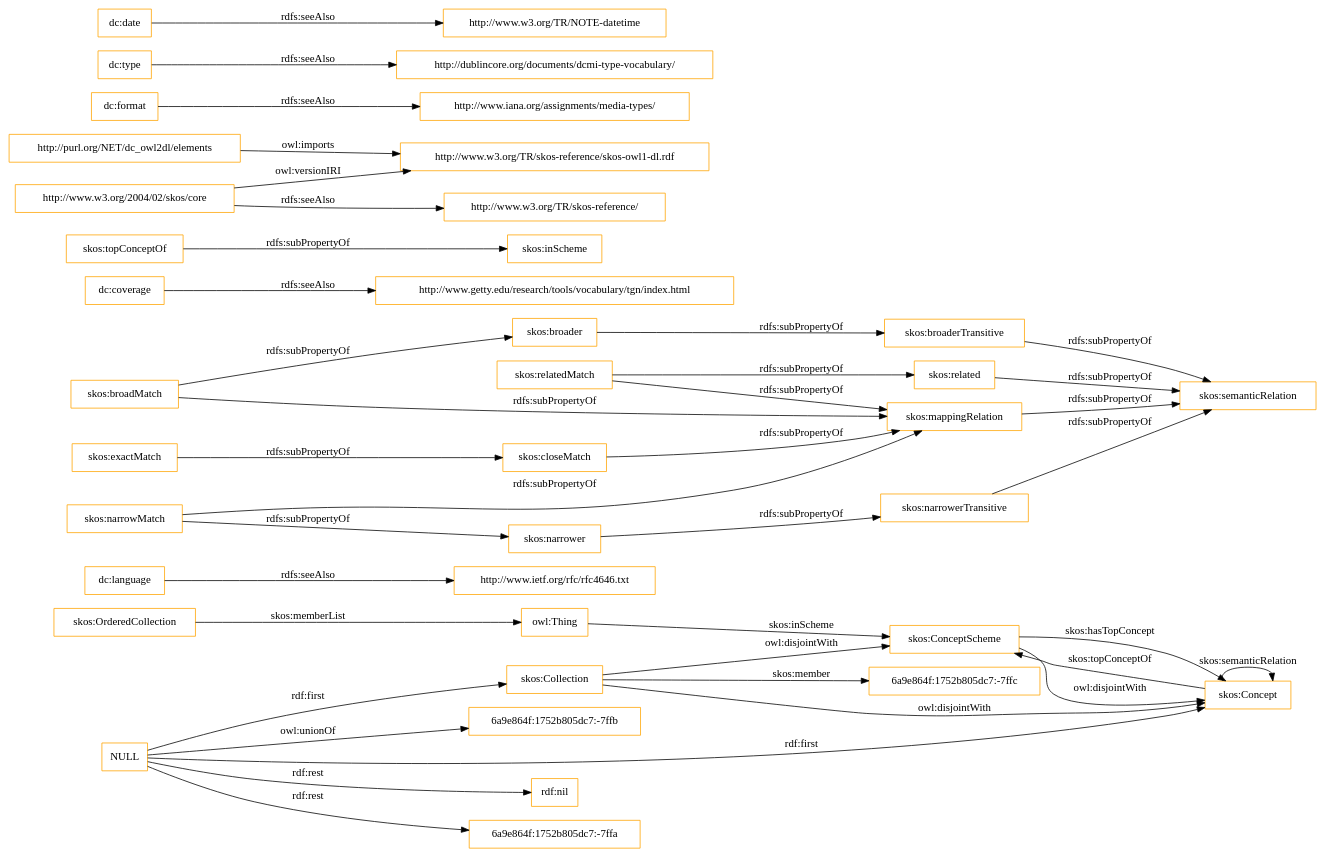
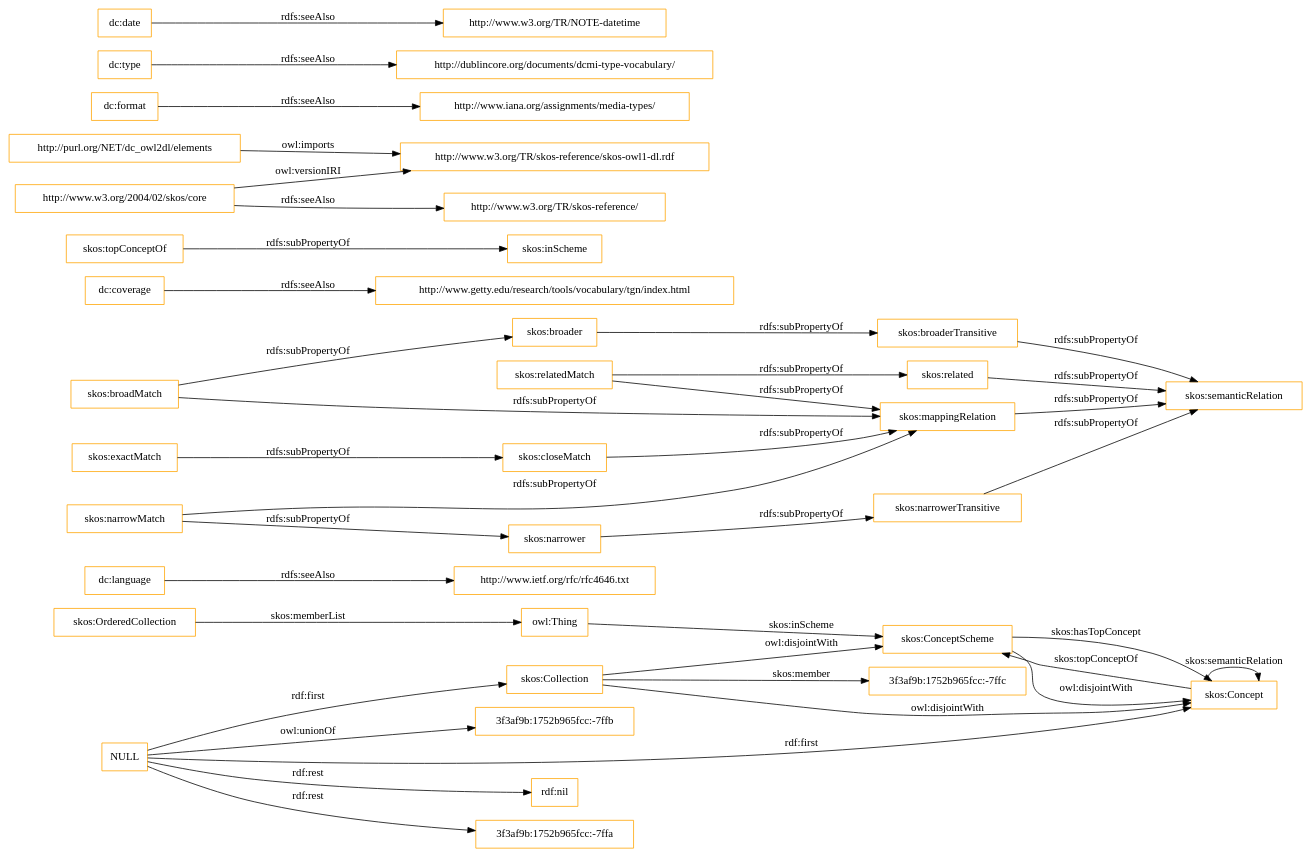
The diagram in OnToology/imports/elements.owl/diagrams/ar2dtool-class/elements.owl.png.dot (OnToologyUser/core-ontology-1), drawn with Graphviz before and after one commit. The commit also changed 14 other files, not shown here.

```diff
--- a/OnToology/imports/elements.owl/diagrams/ar2dtool-class/elements.owl.png.dot
+++ b/OnToology/imports/elements.owl/diagrams/ar2dtool-class/elements.owl.png.dot
@@ -1,43 +1,43 @@
 digraph ar2dtool_diagram { 
 rankdir=LR;
 size="1501"
-node [shape = rectangle, color="orange"]; "6a9e864f:1752b805dc7:-7ffc" "skos:OrderedCollection" "skos:Collection" "skos:ConceptScheme" "skos:Concept" ; /*classes style*/
+node [shape = rectangle, color="orange"]; "3f3af9b:1752b965fcc:-7ffc" "skos:OrderedCollection" "skos:Collection" "skos:ConceptScheme" "skos:Concept" ; /*classes style*/
 	"dc:language" -> "http://www.ietf.org/rfc/rfc4646.txt" [ label = "rdfs:seeAlso" ];
 	"NULL" -> "rdf:nil" [ label = "rdf:rest" ];
 	"NULL" -> "skos:Collection" [ label = "rdf:first" ];
-	"NULL" -> "6a9e864f:1752b805dc7:-7ffa" [ label = "rdf:rest" ];
+	"NULL" -> "3f3af9b:1752b965fcc:-7ffa" [ label = "rdf:rest" ];
 	"NULL" -> "skos:Concept" [ label = "rdf:first" ];
-	"NULL" -> "6a9e864f:1752b805dc7:-7ffb" [ label = "owl:unionOf" ];
+	"NULL" -> "3f3af9b:1752b965fcc:-7ffb" [ label = "owl:unionOf" ];
 	"skos:closeMatch" -> "skos:mappingRelation" [ label = "rdfs:subPropertyOf" ];
 	"dc:coverage" -> "http://www.getty.edu/research/tools/vocabulary/tgn/index.html" [ label = "rdfs:seeAlso" ];
 	"skos:relatedMatch" -> "skos:related" [ label = "rdfs:subPropertyOf" ];
 	"skos:relatedMatch" -> "skos:mappingRelation" [ label = "rdfs:subPropertyOf" ];
 	"skos:ConceptScheme" -> "skos:Concept" [ label = "owl:disjointWith" ];
 	"skos:related" -> "skos:semanticRelation" [ label = "rdfs:subPropertyOf" ];
 	"skos:topConceptOf" -> "skos:inScheme" [ label = "rdfs:subPropertyOf" ];
 	"skos:broadMatch" -> "skos:broader" [ label = "rdfs:subPropertyOf" ];
 	"skos:broadMatch" -> "skos:mappingRelation" [ label = "rdfs:subPropertyOf" ];
 	"http://purl.org/NET/dc_owl2dl/elements" -> "http://www.w3.org/TR/skos-reference/skos-owl1-dl.rdf" [ label = "owl:imports" ];
 	"skos:exactMatch" -> "skos:closeMatch" [ label = "rdfs:subPropertyOf" ];
 	"dc:format" -> "http://www.iana.org/assignments/media-types/" [ label = "rdfs:seeAlso" ];
 	"skos:broaderTransitive" -> "skos:semanticRelation" [ label = "rdfs:subPropertyOf" ];
 	"dc:type" -> "http://dublincore.org/documents/dcmi-type-vocabulary/" [ label = "rdfs:seeAlso" ];
 	"skos:broader" -> "skos:broaderTransitive" [ label = "rdfs:subPropertyOf" ];
 	"skos:mappingRelation" -> "skos:semanticRelation" [ label = "rdfs:subPropertyOf" ];
 	"http://www.w3.org/2004/02/skos/core" -> "http://www.w3.org/TR/skos-reference/skos-owl1-dl.rdf" [ label = "owl:versionIRI" ];
 	"http://www.w3.org/2004/02/skos/core" -> "http://www.w3.org/TR/skos-reference/" [ label = "rdfs:seeAlso" ];
 	"skos:Collection" -> "skos:ConceptScheme" [ label = "owl:disjointWith" ];
 	"skos:Collection" -> "skos:Concept" [ label = "owl:disjointWith" ];
 	"skos:narrowMatch" -> "skos:narrower" [ label = "rdfs:subPropertyOf" ];
 	"skos:narrowMatch" -> "skos:mappingRelation" [ label = "rdfs:subPropertyOf" ];
 	"skos:narrower" -> "skos:narrowerTransitive" [ label = "rdfs:subPropertyOf" ];
 	"dc:date" -> "http://www.w3.org/TR/NOTE-datetime" [ label = "rdfs:seeAlso" ];
 	"skos:narrowerTransitive" -> "skos:semanticRelation" [ label = "rdfs:subPropertyOf" ];
 	"skos:OrderedCollection" -> "owl:Thing" [ label = "skos:memberList" ];
 	"skos:Concept" -> "skos:ConceptScheme" [ label = "skos:topConceptOf" ];
 	"skos:Concept" -> "skos:Concept" [ label = "skos:semanticRelation" ];
-	"skos:Collection" -> "6a9e864f:1752b805dc7:-7ffc" [ label = "skos:member" ];
+	"skos:Collection" -> "3f3af9b:1752b965fcc:-7ffc" [ label = "skos:member" ];
 	"skos:ConceptScheme" -> "skos:Concept" [ label = "skos:hasTopConcept" ];
 	"owl:Thing" -> "skos:ConceptScheme" [ label = "skos:inScheme" ];
 
 }
```
